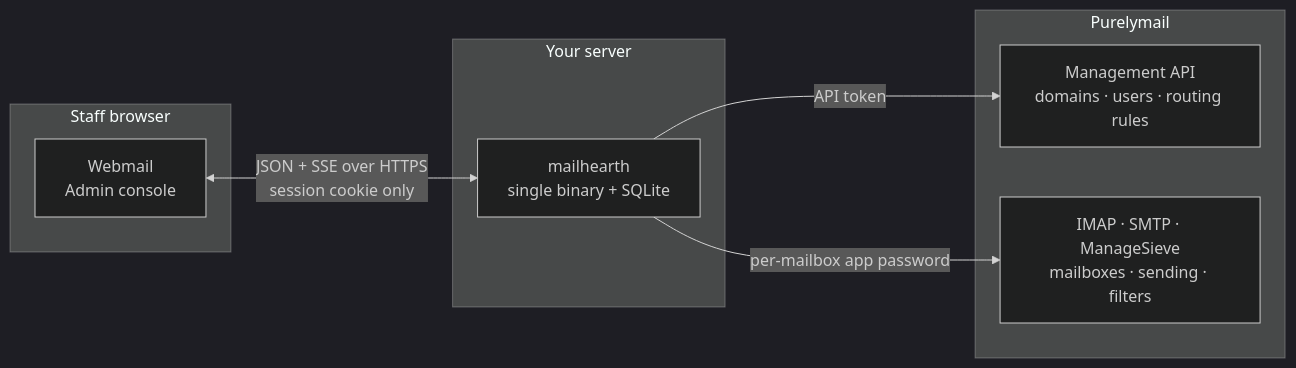
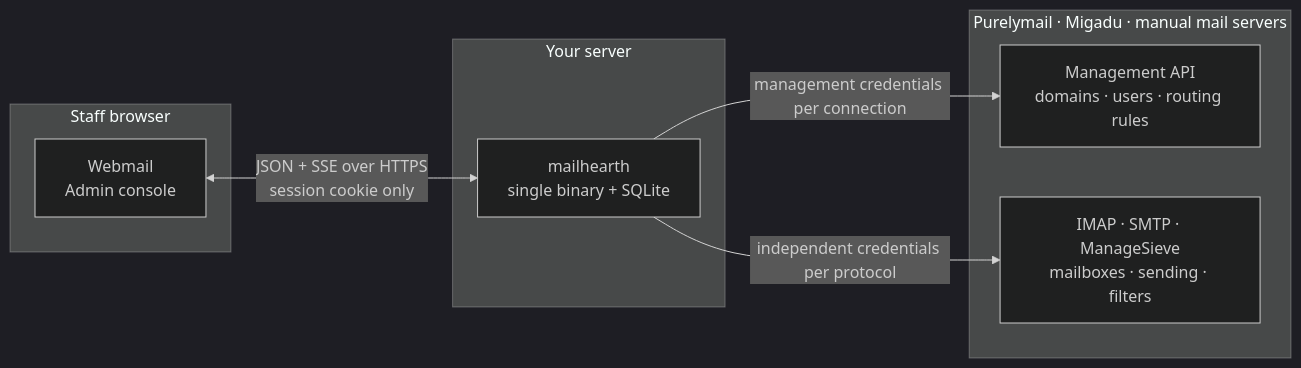
The diagram in README.md (yll682/Mailhearth), drawn with Mermaid (dark theme) before and after one commit. The commit also changed other lines of this file and 184 other files, not shown here.

````diff
--- a/README.md
+++ b/README.md
@@ -16,17 +15,17 @@
 ```mermaid
 flowchart LR
     subgraph browser["Staff browser"]
         SPA["Webmail<br/>Admin console"]
     end
     subgraph host["Your server"]
         APP["mailhearth<br/>single binary + SQLite"]
     end
-    subgraph pm["Purelymail"]
+    subgraph pm["Purelymail · Migadu · manual mail servers"]
         API["Management API<br/>domains · users · routing rules"]
         MAIL["IMAP · SMTP · ManageSieve<br/>mailboxes · sending · filters"]
     end
 
     SPA <-->|"JSON + SSE over HTTPS<br/>session cookie only"| APP
-    APP -->|"API token"| API
-    APP -->|"per-mailbox app password"| MAIL
+    APP -->|"management credentials per connection"| API
+    APP -->|"independent credentials per protocol"| MAIL
 ```
````
